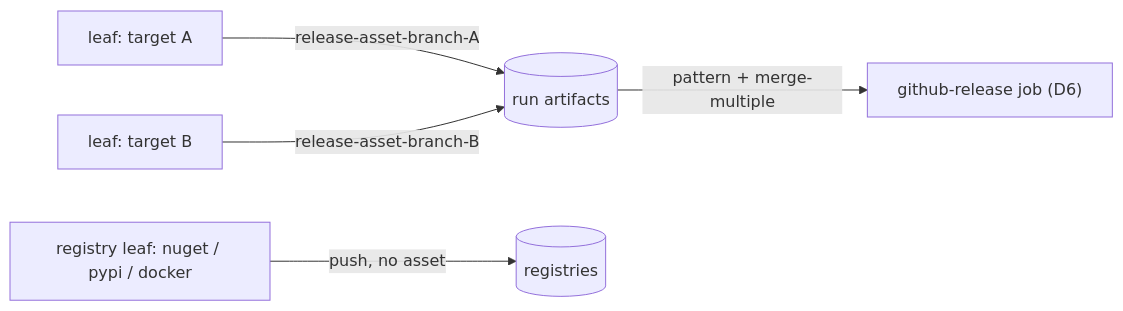
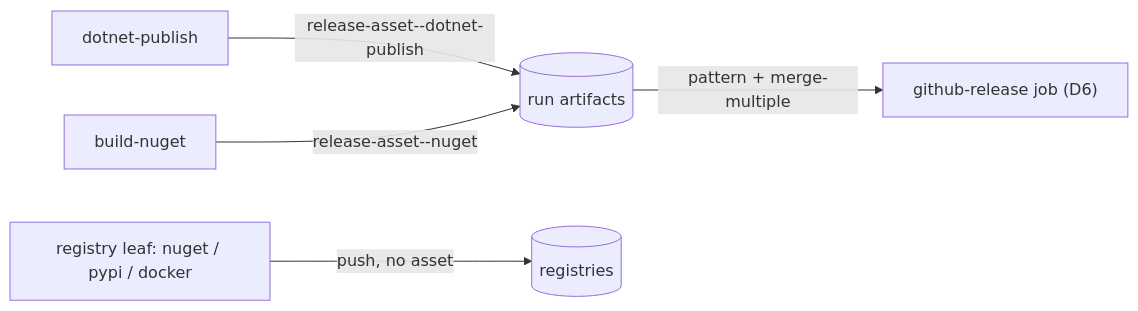
The third of 5 diagrams in WORKFLOW.md (ptr727/ESPHome-Config), drawn with Mermaid before and after one commit. The commit also changed other lines of this file and 44 other files, not shown here.

````diff
--- a/WORKFLOW.md
+++ b/WORKFLOW.md
@@ -79,7 +79,7 @@
 ```mermaid
 flowchart LR
-  leafa[leaf: target A] -->|release-asset-branch-A| store[(run artifacts)]
-  leafb[leaf: target B] -->|release-asset-branch-B| store
+  dotnet[dotnet-publish] -->|release-asset-<branch>-dotnet-publish| store[(run artifacts)]
+  nuget[build-nuget] -->|release-asset-<branch>-nuget| store
   store -->|pattern + merge-multiple| rel["github-release job (D6)"]
   reg[registry leaf: nuget / pypi / docker] -->|push, no asset| registries[(registries)]
 ```
````
